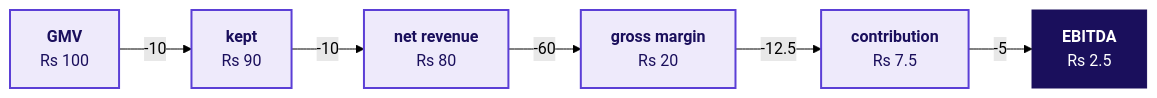
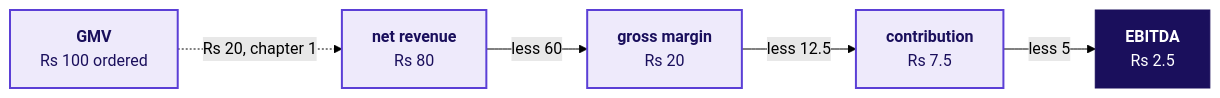
Before and after one commit to fde-academy-lab/c2-content-factory: the fourth of 31 diagrams in content/W01/D1/slides/C2_W01_D01_half1_STUDENT.md, drawn with Mermaid (forest theme). The commit also changed other lines of this file and 22 other files, not shown here.

````diff
--- a/content/W01/D1/slides/C2_W01_D01_half1_STUDENT.md
+++ b/content/W01/D1/slides/C2_W01_D01_half1_STUDENT.md
@@ -93,12 +171,11 @@
 ```mermaid
 flowchart LR
-    G["<b>GMV</b><br/>Rs 100"] -->|"-10"| K["<b>kept</b><br/>Rs 90"]
-    K -->|"-10"| N["<b>net revenue</b><br/>Rs 80"]
-    N -->|"-60"| M["<b>gross margin</b><br/>Rs 20"]
-    M -->|"-12.5"| C["<b>contribution</b><br/>Rs 7.5"]
-    C -->|"-5"| O["<b>EBITDA</b><br/>Rs 2.5"]
+    G["<b>GMV</b><br/>Rs 100 ordered"] -.->|"Rs 20, chapter 1"| N["<b>net revenue</b><br/>Rs 80"]
+    N -->|"less 60"| M["<b>gross margin</b><br/>Rs 20"]
+    M -->|"less 12.5"| C["<b>contribution</b><br/>Rs 7.5"]
+    C -->|"less 5"| O["<b>EBITDA</b><br/>Rs 2.5"]
     classDef known fill:#EEEAFB,stroke:#5B3FD6,color:#1A0F5C,stroke-width:2px
     classDef dark fill:#1A0F5C,stroke:#1A0F5C,color:#FFFFFF
-    class G,K,N,M,C known
+    class G,N,M,C known
     class O dark
 ```
````
